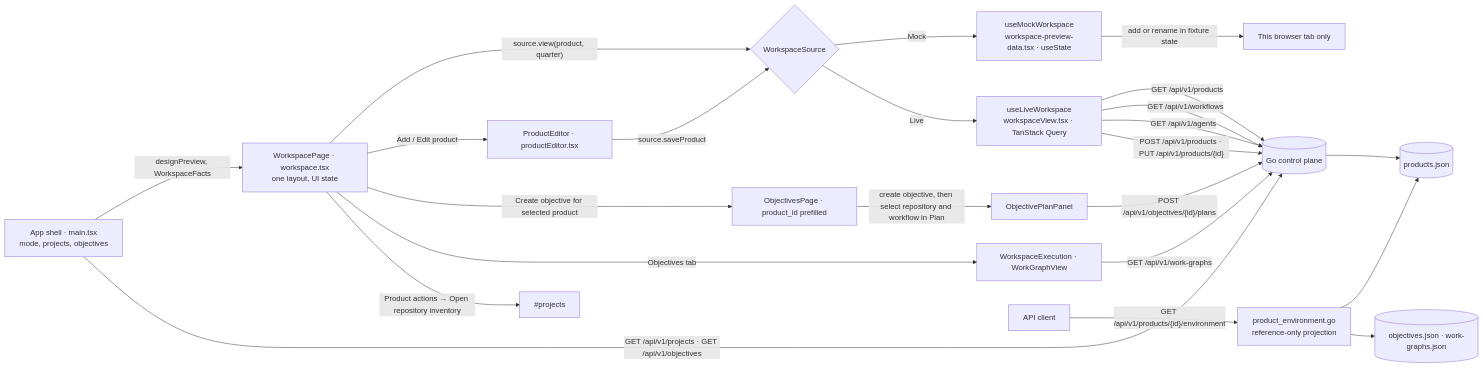
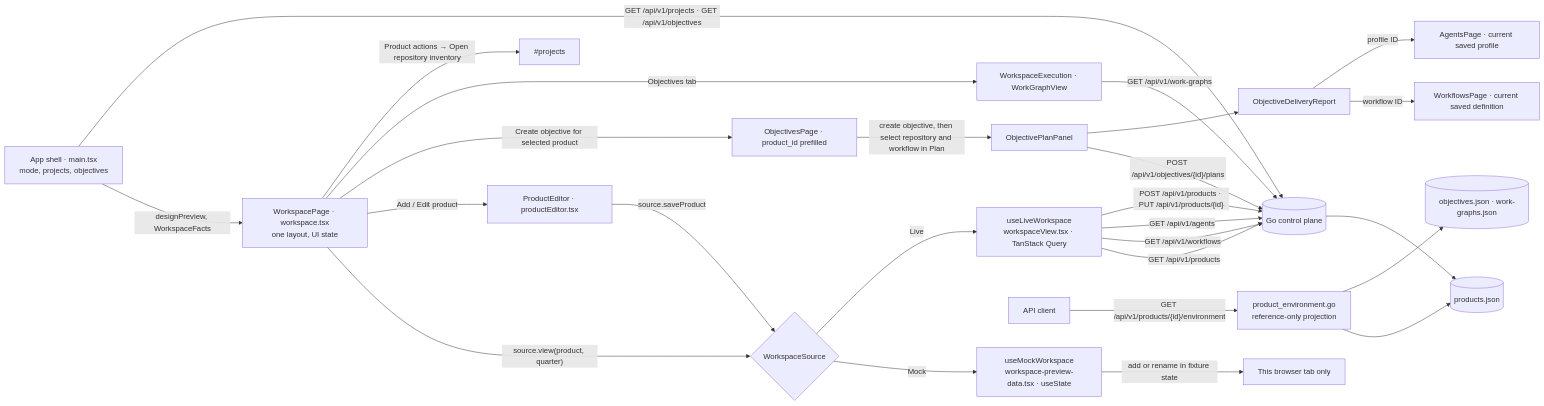
Before and after one commit to bogdaniel/zenchron-engineering-os: the diagram in docs/features/product-workspace.md, drawn with Mermaid. The commit also changed other lines of this file and 5 other files, not shown here.

Commit message:
feat(dashboard): link delivery evidence to saved records

````diff
--- a/docs/features/product-workspace.md
+++ b/docs/features/product-workspace.md
@@ -12,25 +12,28 @@
 ```mermaid
 flowchart LR
     Shell["App shell · main.tsx<br/>mode, projects, objectives"] -->|"designPreview, WorkspaceFacts"| Page["WorkspacePage · workspace.tsx<br/>one layout, UI state"]
     Page -->|"source.view(product, quarter)"| Source{"WorkspaceSource"}
     Source -->|Mock| Mock["useMockWorkspace<br/>workspace-preview-data.tsx · useState"]
     Source -->|Live| Live["useLiveWorkspace<br/>workspaceView.tsx · TanStack Query"]
     Live -->|"GET /api/v1/products"| CP[(Go control plane)]
     Live -->|"GET /api/v1/workflows"| CP
     Live -->|"GET /api/v1/agents"| CP
     Shell -->|"GET /api/v1/projects · GET /api/v1/objectives"| CP
     Page -->|"Add / Edit product"| Editor["ProductEditor · productEditor.tsx"]
     Editor -->|"source.saveProduct"| Source
     Live -->|"POST /api/v1/products · PUT /api/v1/products/{id}"| CP
     Page -->|"Create objective for selected product"| Objective["ObjectivesPage · product_id prefilled"]
     Objective -->|"create objective, then select repository and workflow in Plan"| Plans["ObjectivePlanPanel"]
     Plans -->|"POST /api/v1/objectives/{id}/plans"| CP
+    Plans --> Report["ObjectiveDeliveryReport"]
+    Report -->|"workflow ID"| Workflow["WorkflowsPage · current saved definition"]
+    Report -->|"profile ID"| Agents["AgentsPage · current saved profile"]
     Mock -->|"add or rename in fixture state"| Tab["This browser tab only"]
     CP --> Store[(products.json)]
     Page -->|"Objectives tab"| Execution["WorkspaceExecution · WorkGraphView"]
     Execution -->|"GET /api/v1/work-graphs"| CP
     Client["API client"] -->|"GET /api/v1/products/{id}/environment"| Environment["product_environment.go<br/>reference-only projection"]
     Environment --> Store
     Environment --> Graphs[(objectives.json · work-graphs.json)]
     Page -->|"Product actions → Open repository inventory"| Projects["#projects"]
 ```
````
